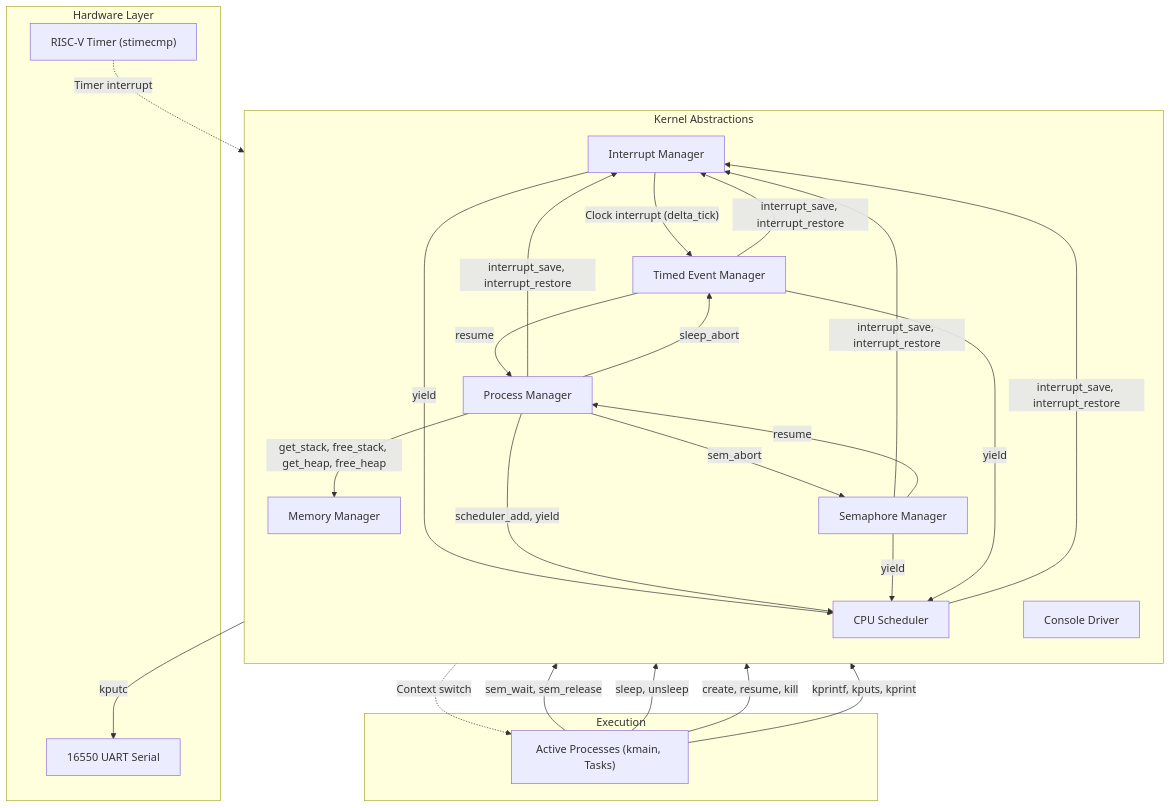
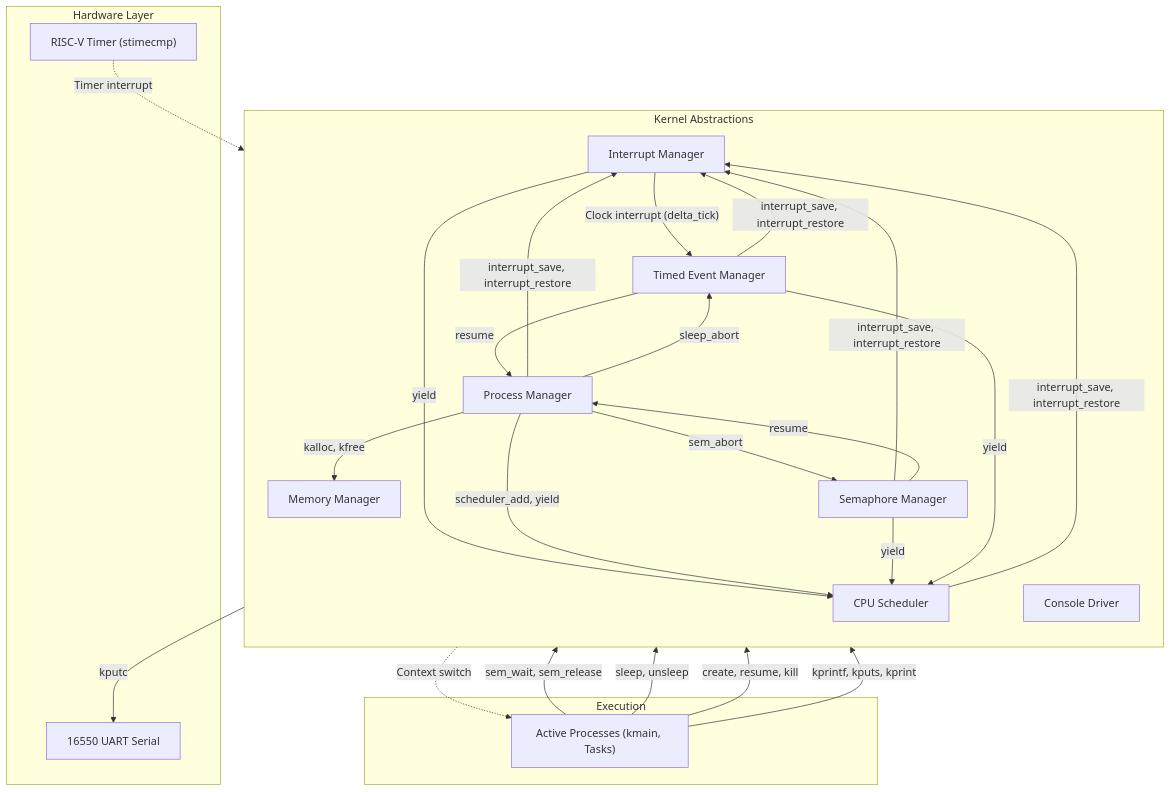
One commit to AtesIsf/Rio changed the diagram in README.md. Above: the diagram before and after it, drawn with Mermaid. The commit also changed 1 other file, not shown here.

Commit message:
updated readme to match the new kmem api

````diff
--- a/README.md
+++ b/README.md
@@ -87,55 +87,55 @@
 ```mermaid
 flowchart TD
     subgraph Hardware ["Hardware Layer"]
         HW_TIMER["RISC-V Timer (stimecmp)"]
         HW_UART["16550 UART Serial"]
     end
 
     subgraph Core ["Kernel Abstractions"]
         direction TB
         MEM["Memory Manager"]
         PROC["Process Manager"]
         INT["Interrupt Manager"]
         SCHED["CPU Scheduler"]
         SEM["Semaphore Manager"]
         TIMED["Timed Event Manager"]
         CONSOLE["Console Driver"]
     end
 
     subgraph Exec ["Execution"]
         TASKS["Active Processes (kmain, Tasks)"]
     end
 
     %% Preemption & Scheduling
     HW_TIMER -.->|"Timer interrupt"| INT
     INT -->|"yield"| SCHED
     SCHED -.->|"Context switch"| TASKS
 
     %% Concurrency & Critical Sections
     SCHED -->|"interrupt_save, interrupt_restore"| INT
     PROC -->|"interrupt_save, interrupt_restore"| INT
     SEM -->|"interrupt_save, interrupt_restore"| INT
     TIMED -->|"interrupt_save, interrupt_restore"| INT
 
     %% Process & Memory Interactions
-    PROC -->|"get_stack, free_stack, get_heap, free_heap"| MEM
+    PROC -->|"kalloc, kfree"| MEM
     PROC -->|"scheduler_add, yield"| SCHED
 
     %% Synchronization (Semaphores)
     TASKS -->|"sem_wait, sem_release"| SEM
     SEM -->|"resume"| PROC
     SEM -->|"yield"| SCHED
     PROC -->|"sem_abort"| SEM
 
     %% Timed Events & Sleep
     TASKS -->|"sleep, unsleep"| TIMED
     INT -->|"Clock interrupt (delta_tick)"| TIMED
     TIMED -->|"resume"| PROC
     TIMED -->|"yield"| SCHED
     PROC -->|"sleep_abort"| TIMED
 
     %% Task Execution & I/O
     TASKS -->|"create, resume, kill"| PROC
     TASKS -->|"kprintf, kputs, kprint"| CONSOLE
     CONSOLE -->|"kputc"| HW_UART
 ```
````
